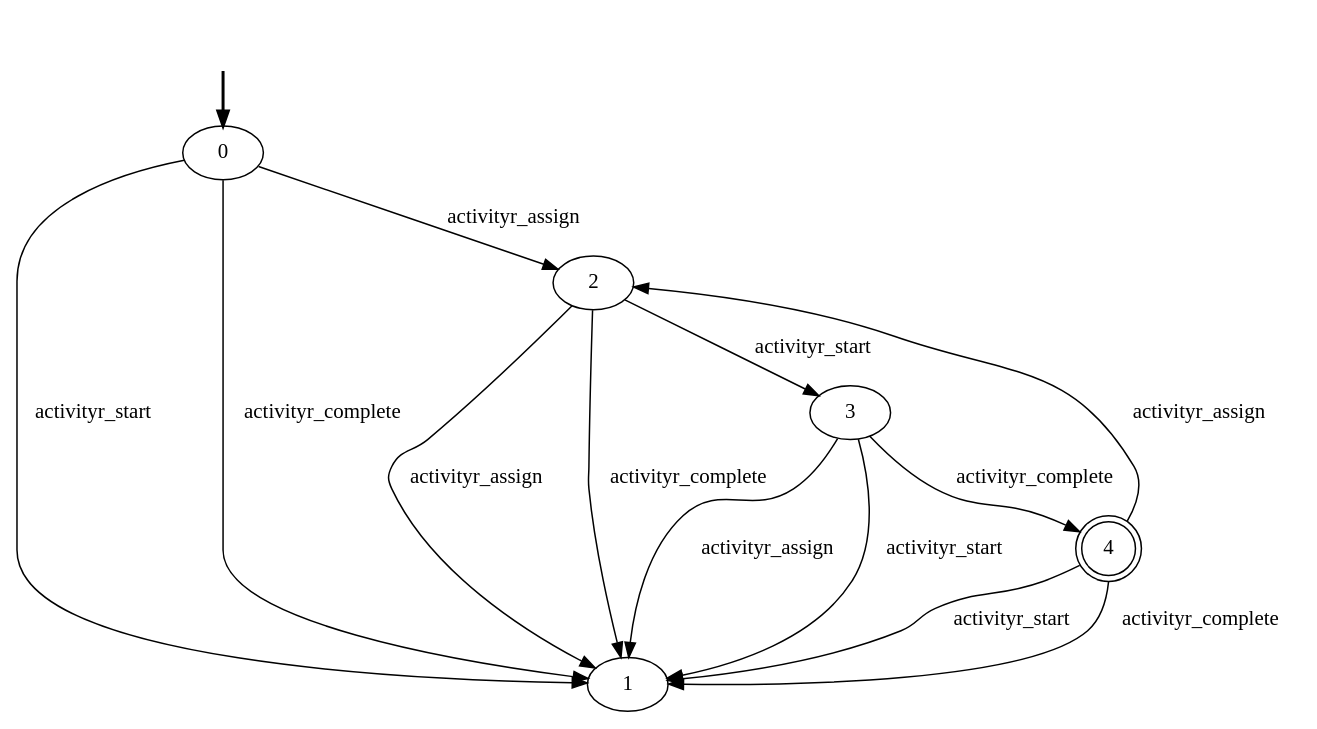
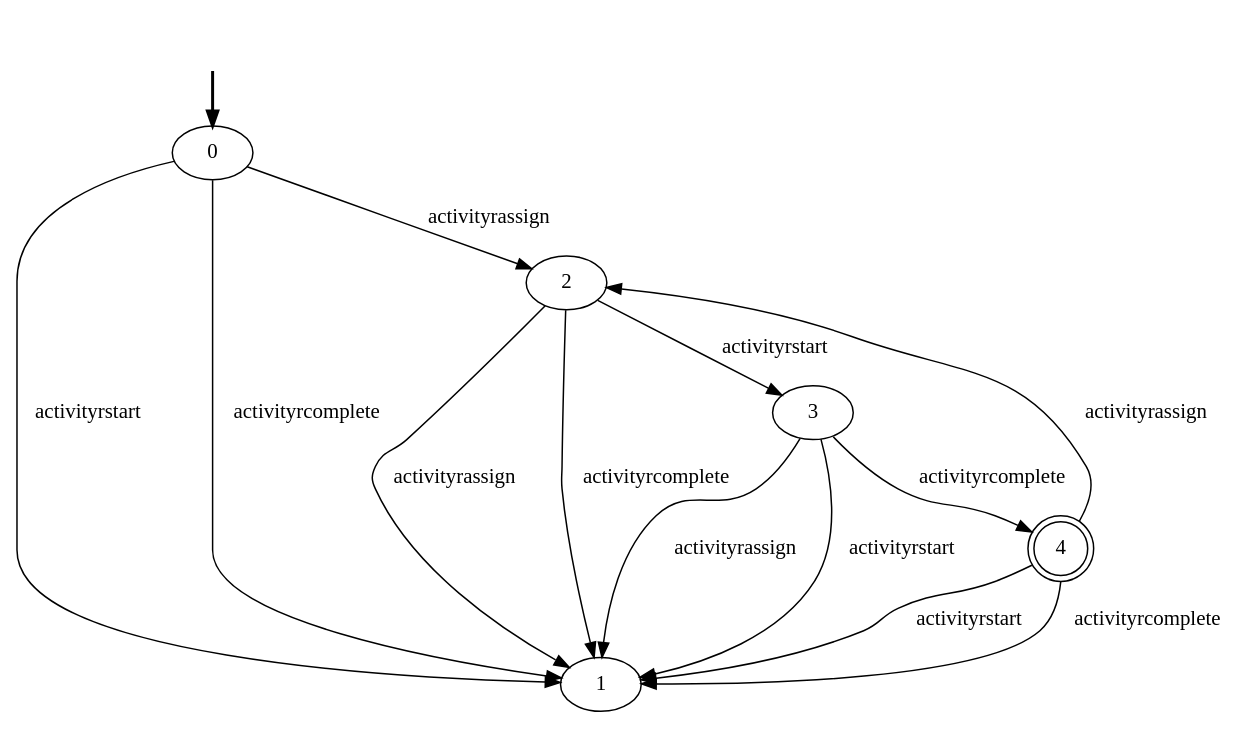
The diagram in Plan-based_Data_Aware_Declarative_Conf_Checker/resources/declarative-models/Data-Aware/5-CONSTRAINTS/activityr_lifecycle.dot (GianmarcoBordin/pddlTranslator), drawn with Graphviz before and after one commit. The commit also changed 246 other files, not shown here.

```diff
--- a/Plan-based_Data_Aware_Declarative_Conf_Checker/resources/declarative-models/Data-Aware/5-CONSTRAINTS/activityr_lifecycle.dot
+++ b/Plan-based_Data_Aware_Declarative_Conf_Checker/resources/declarative-models/Data-Aware/5-CONSTRAINTS/activityr_lifecycle.dot
@@ -1,21 +1,21 @@
 digraph {
-		fake0 [style=invisible]
-		0 [root=true]
-		1
-		2
-		3
-		4 [shape=doublecircle]
-		fake0 -> 0 [style=bold]
-		2 -> 1 [label=activityr_assign]
-		2 -> 3 [label=activityr_start]
-		2 -> 1 [label=activityr_complete]
-		3 -> 1 [label=activityr_assign]
-		3 -> 1 [label=activityr_start]
-		3 -> 4 [label=activityr_complete]
-		4 -> 2 [label=activityr_assign]
-		4 -> 1 [label=activityr_start]
-		4 -> 1 [label=activityr_complete]
-		0 -> 2 [label=activityr_assign]
-		0 -> 1 [label=activityr_start]
-		0 -> 1 [label=activityr_complete]
+	fake0 [style=invisible]
+	0 [root=true]
+	1
+	2
+	3
+	4 [shape=doublecircle]
+	fake0 -> 0 [style=bold]
+	2 -> 1 [label=activityrassign]
+	2 -> 3 [label=activityrstart]
+	2 -> 1 [label=activityrcomplete]
+	3 -> 1 [label=activityrassign]
+	3 -> 1 [label=activityrstart]
+	3 -> 4 [label=activityrcomplete]
+	4 -> 2 [label=activityrassign]
+	4 -> 1 [label=activityrstart]
+	4 -> 1 [label=activityrcomplete]
+	0 -> 2 [label=activityrassign]
+	0 -> 1 [label=activityrstart]
+	0 -> 1 [label=activityrcomplete]
 }
```
